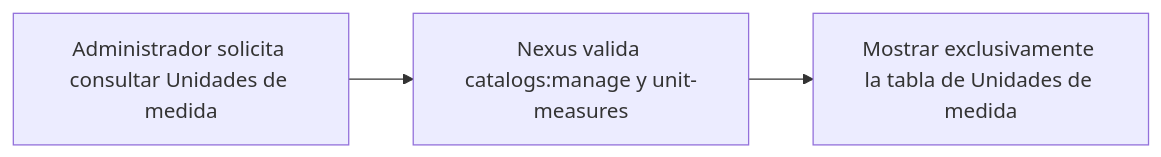
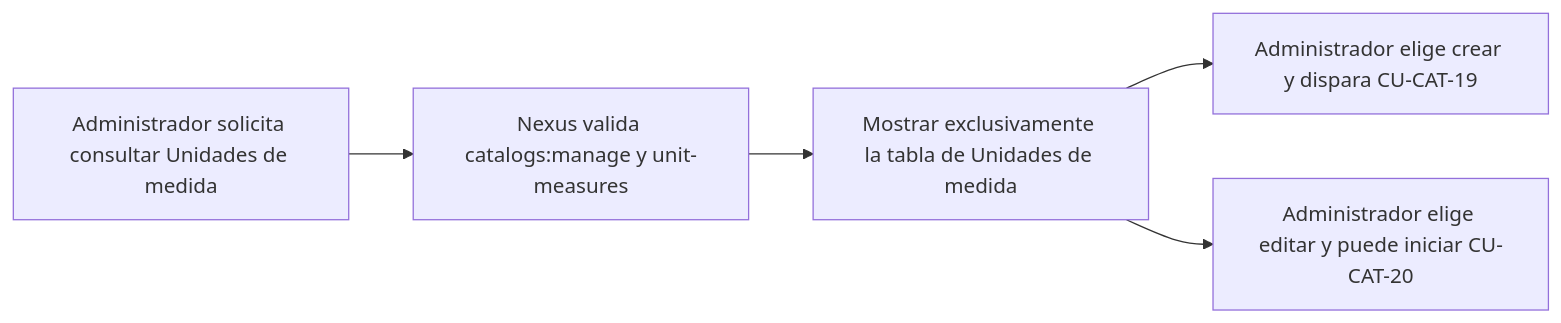
Before and after one commit to gpgsistemas01/nexus: the diagram in docs/requirements/diagrams/catalogs/cu-cat-18.md, drawn with Mermaid. The commit also changed 473 other files, not shown here.

````diff
--- a/docs/requirements/diagrams/catalogs/cu-cat-18.md
+++ b/docs/requirements/diagrams/catalogs/cu-cat-18.md
@@ -3,5 +3,8 @@
 ```mermaid
 flowchart LR
+    accTitle: CU-CAT-18 — Consultar unidad de medida
     request["Administrador solicita consultar Unidades de medida"] --> authorize["Nexus valida catalogs:manage y unit-measures"]
     authorize --> result["Mostrar exclusivamente la tabla de Unidades de medida"]
+    result --> create["Administrador elige crear y dispara CU-CAT-19"]
+    result --> edit["Administrador elige editar y puede iniciar CU-CAT-20"]
 ```
````
